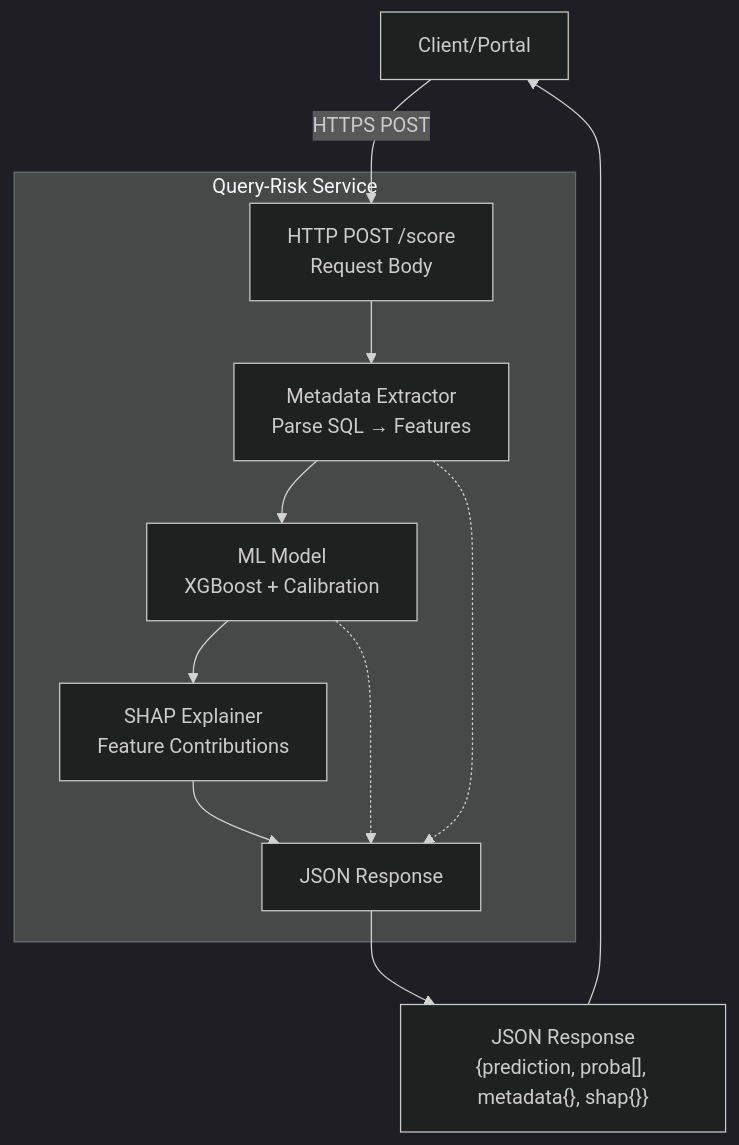
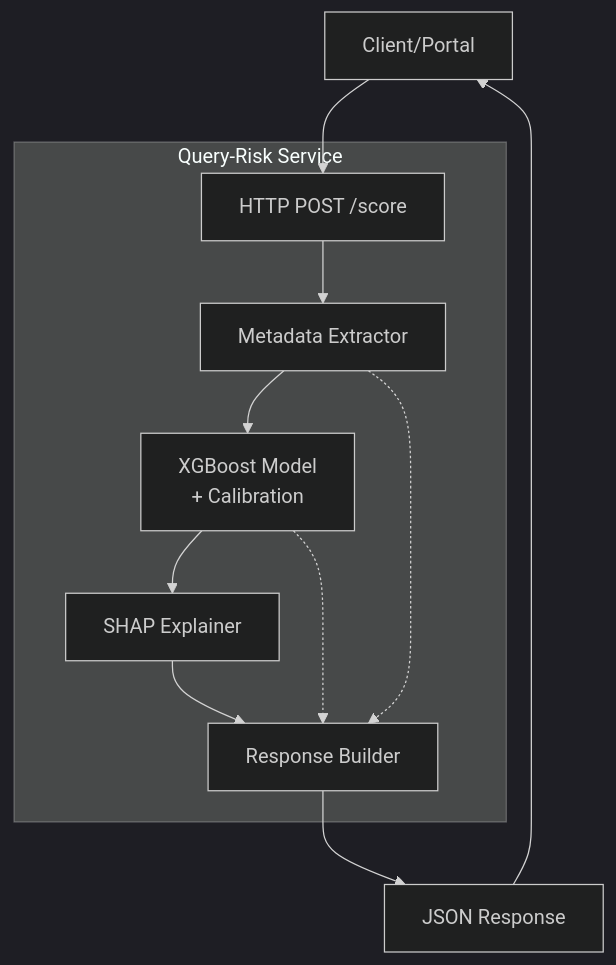
Before and after one commit to SIDDHARTH-PADIGAR/Query_Risk_PoC: the second of 3 diagrams in README.md, drawn with Mermaid. The commit also changed other lines of this file, not shown here.

````diff
--- a/README.md
+++ b/README.md
@@ -18,25 +57,25 @@
 ```mermaid
 %%{init: {'theme':'dark'}}%%
 graph TB
     Client[Client/Portal]
-    
+
     subgraph API["Query-Risk Service"]
-        POST[HTTP POST /score<br/>Request Body]
-        ME[Metadata Extractor<br/>Parse SQL → Features]
-        Model[ML Model<br/>XGBoost + Calibration]
-        Explainer[SHAP Explainer<br/>Feature Contributions]
-        Response[JSON Response]
+        POST[HTTP POST /score]
+        ME[Metadata Extractor]
+        Model[XGBoost Model<br/>+ Calibration]
+        Explainer[SHAP Explainer]
+        Response[Response Builder]
     end
-    
-    Output["JSON Response<br/>{prediction, proba[], metadata{}, shap{}}"]
-    
-    Client -->|HTTPS POST| POST
+
+    Output["JSON Response"]
+
+    Client --> POST
     POST --> ME
     ME --> Model
     Model --> Explainer
     Explainer --> Response
     ME -.-> Response
     Model -.-> Response
     Response --> Output
     Output --> Client
 ```
````
